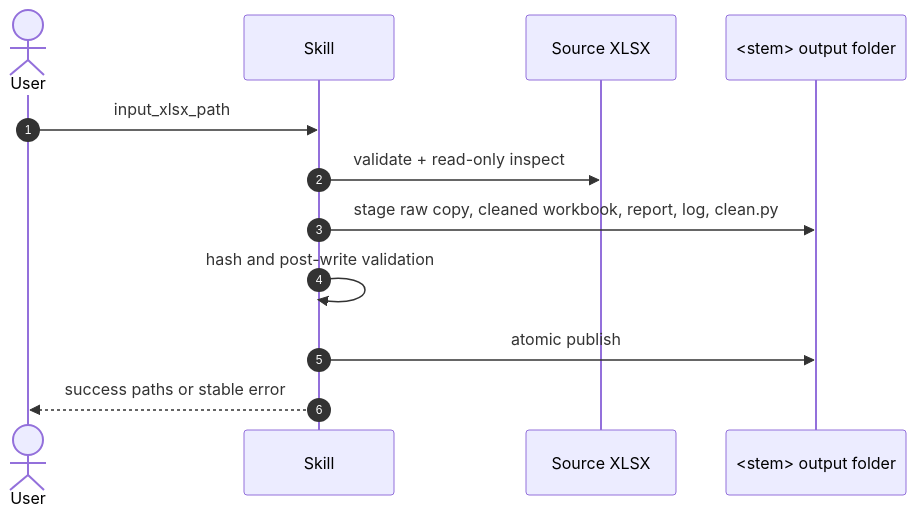
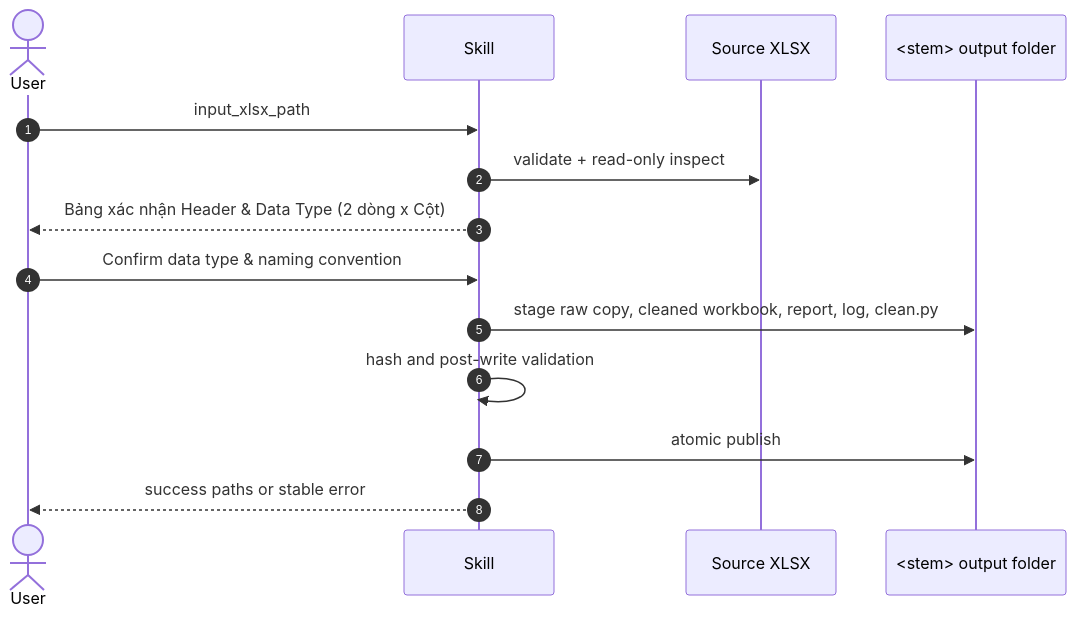
The diagram in .agents/skills/clean-data-xlsx/SKILL.md (nguyenlamhai89/UX-Agent), drawn with Mermaid before and after one commit. The commit also changed other lines of this file, not shown here.

Commit message:
update: add header data type confirmation rule to clean-data-xlsx SKILL.md

````diff
--- a/.agents/skills/clean-data-xlsx/SKILL.md
+++ b/.agents/skills/clean-data-xlsx/SKILL.md
@@ -73,15 +77,17 @@
 ```mermaid
 sequenceDiagram
     autonumber
     actor User
     participant Skill
     participant Source as Source XLSX
     participant Output as <stem> output folder
 
     User->>Skill: input_xlsx_path
     Skill->>Source: validate + read-only inspect
+    Skill-->>User: Bảng xác nhận Header & Data Type (2 dòng x Cột)
+    User->>Skill: Confirm data type & naming convention
     Skill->>Output: stage raw copy, cleaned workbook, report, log, clean.py
     Skill->>Skill: hash and post-write validation
     Skill->>Output: atomic publish
     Skill-->>User: success paths or stable error
 ```
````
